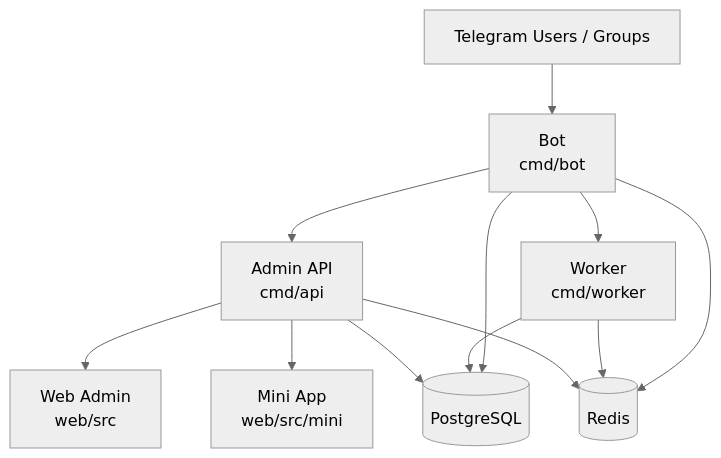
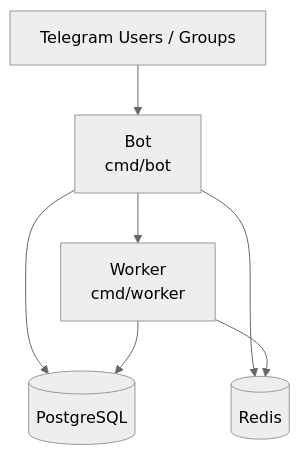
The diagram in README.en.md (royp888/sola), drawn with Mermaid (neutral theme) before and after one commit. The commit also changed other lines of this file and 7 other files, not shown here.

````diff
--- a/README.en.md
+++ b/README.en.md
@@ -30,14 +27,9 @@
 ```mermaid
 flowchart TD
     TG["Telegram Users / Groups"] --> BOT["Bot\ncmd/bot"]
-    BOT --> API["Admin API\ncmd/api"]
     BOT --> WORKER["Worker\ncmd/worker"]
-    API --> WEB["Web Admin\nweb/src"]
-    API --> MINI["Mini App\nweb/src/mini"]
-    API --> PG[("PostgreSQL")]
-    API --> REDIS[("Redis")]
+    BOT --> PG[("PostgreSQL")]
+    BOT --> REDIS[("Redis")]
     WORKER --> PG
     WORKER --> REDIS
-    BOT --> PG
-    BOT --> REDIS
 ```
````
